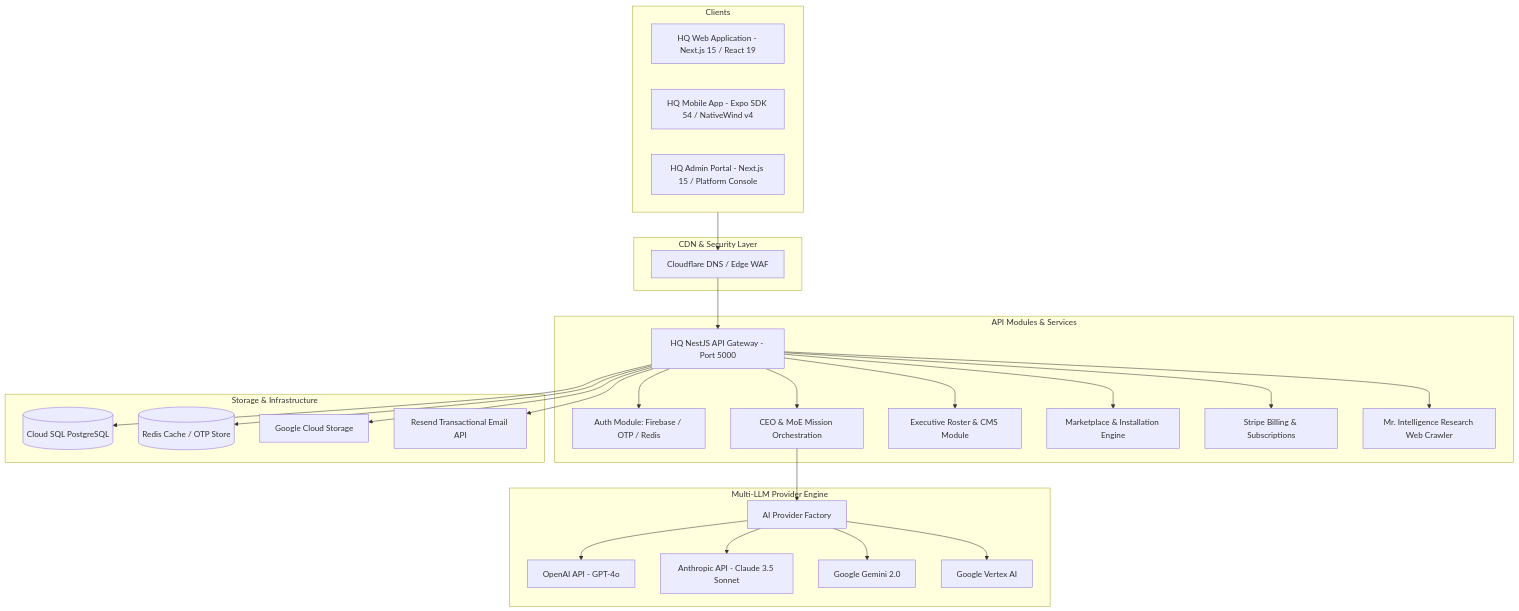
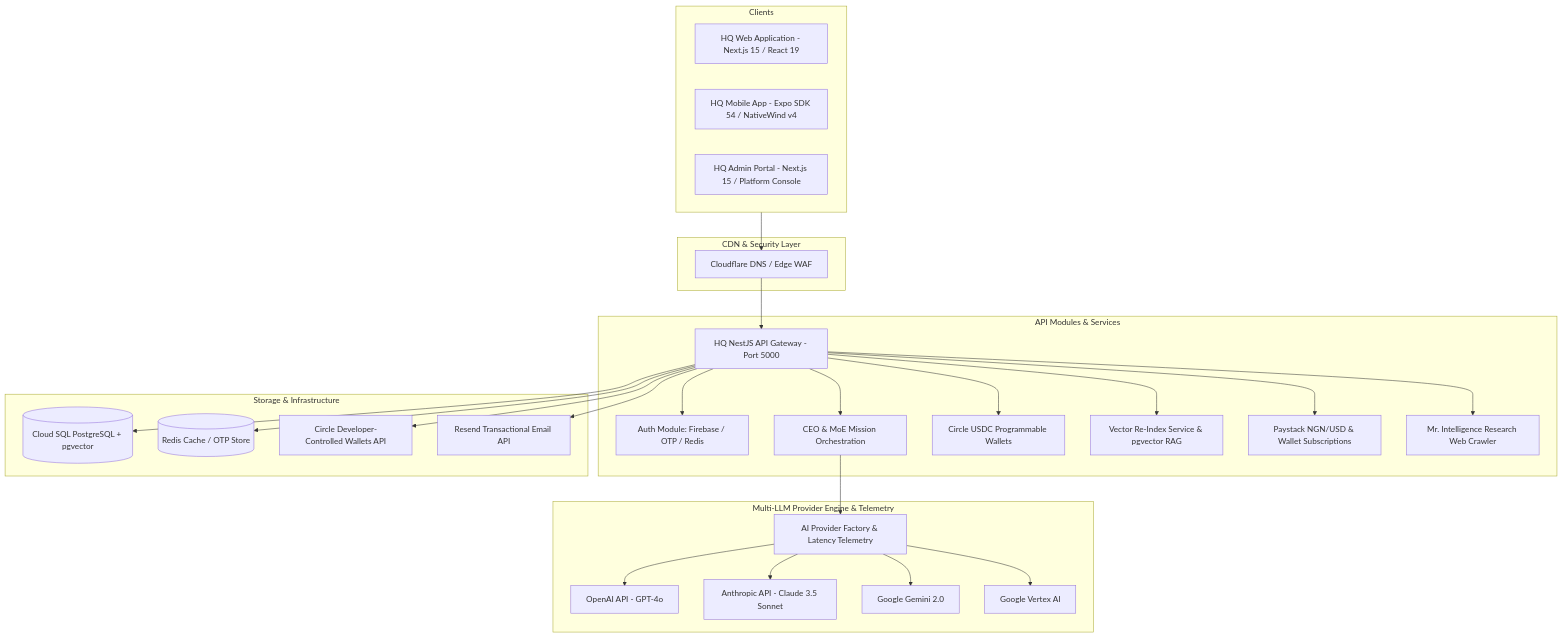
Before and after one commit to Marinijibia/HQ: the diagram in README.md, drawn with Mermaid. The commit also changed other lines of this file, not shown here.

Commit message:
docs(readme): add Circle USDC programmable wallets, pgvector re-indexing engine, CloudBuild specs, and telemetry metrics

````diff
--- a/README.md
+++ b/README.md
@@ -140,39 +142,39 @@
 ```mermaid
 graph TD
     subgraph Clients
         Web[HQ Web Application - Next.js 15 / React 19]
         Mobile[HQ Mobile App - Expo SDK 54 / NativeWind v4]
         Admin[HQ Admin Portal - Next.js 15 / Platform Console]
     end
 
     subgraph CDN & Security Layer
         Cloudflare[Cloudflare DNS / Edge WAF]
     end
 
     Clients --> Cloudflare
     Cloudflare --> Gateway[HQ NestJS API Gateway - Port 5000]
 
     subgraph API Modules & Services
         Gateway --> AuthMod[Auth Module: Firebase / OTP / Redis]
         Gateway --> CeoMod[CEO & MoE Mission Orchestration]
-        Gateway --> ExecMod[Executive Roster & CMS Module]
-        Gateway --> MktMod[Marketplace & Installation Engine]
-        Gateway --> BillingMod[Stripe Billing & Subscriptions]
+        Gateway --> CircleMod[Circle USDC Programmable Wallets]
+        Gateway --> VectorMod[Vector Re-Index Service & pgvector RAG]
+        Gateway --> BillingMod[Paystack NGN/USD & Wallet Subscriptions]
         Gateway --> IntelMod[Mr. Intelligence Research Web Crawler]
     end
 
-    subgraph Multi-LLM Provider Engine
-        CeoMod --> Factory[AI Provider Factory]
+    subgraph Multi-LLM Provider Engine & Telemetry
+        CeoMod --> Factory[AI Provider Factory & Latency Telemetry]
         Factory --> OpenAI[OpenAI API - GPT-4o]
         Factory --> Anthropic[Anthropic API - Claude 3.5 Sonnet]
         Factory --> Gemini[Google Gemini 2.0]
         Factory --> Vertex[Google Vertex AI]
     end
 
     subgraph Storage & Infrastructure
-        Gateway --> PostgreSQL[(Cloud SQL PostgreSQL)]
+        Gateway --> PostgreSQL[(Cloud SQL PostgreSQL + pgvector)]
         Gateway --> Redis[(Redis Cache / OTP Store)]
-        Gateway --> GCS[Google Cloud Storage]
+        Gateway --> CircleSDK[Circle Developer-Controlled Wallets API]
         Gateway --> Resend[Resend Transactional Email API]
     end
 ```
````
